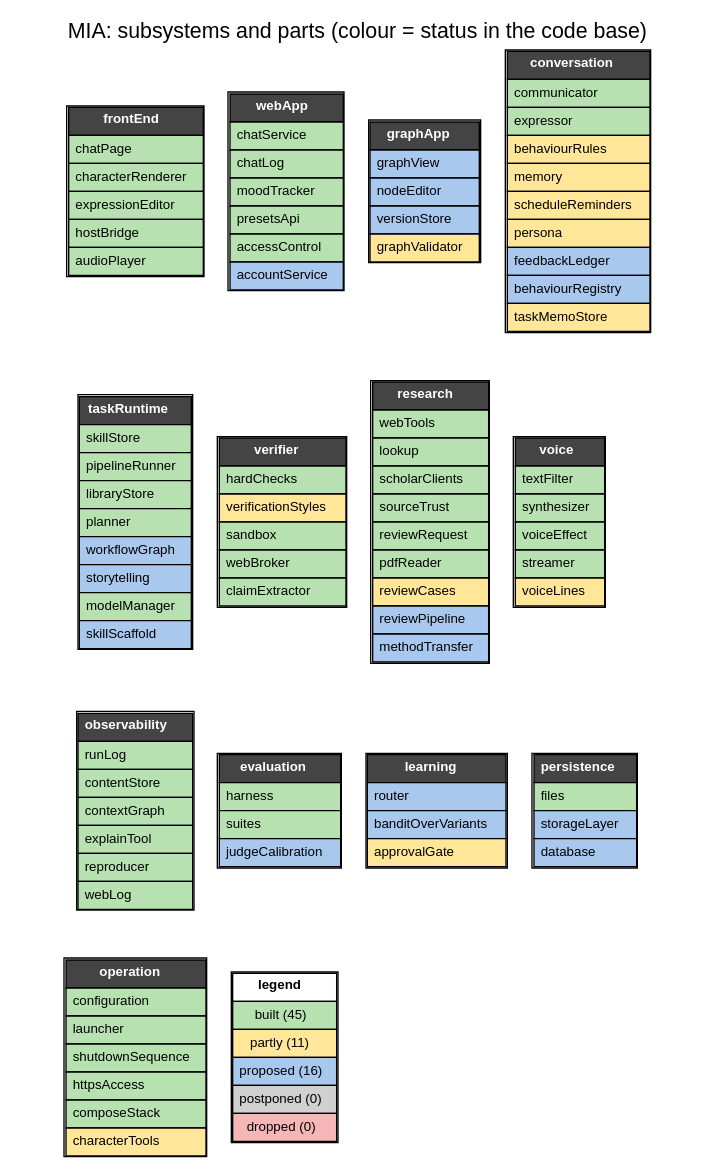
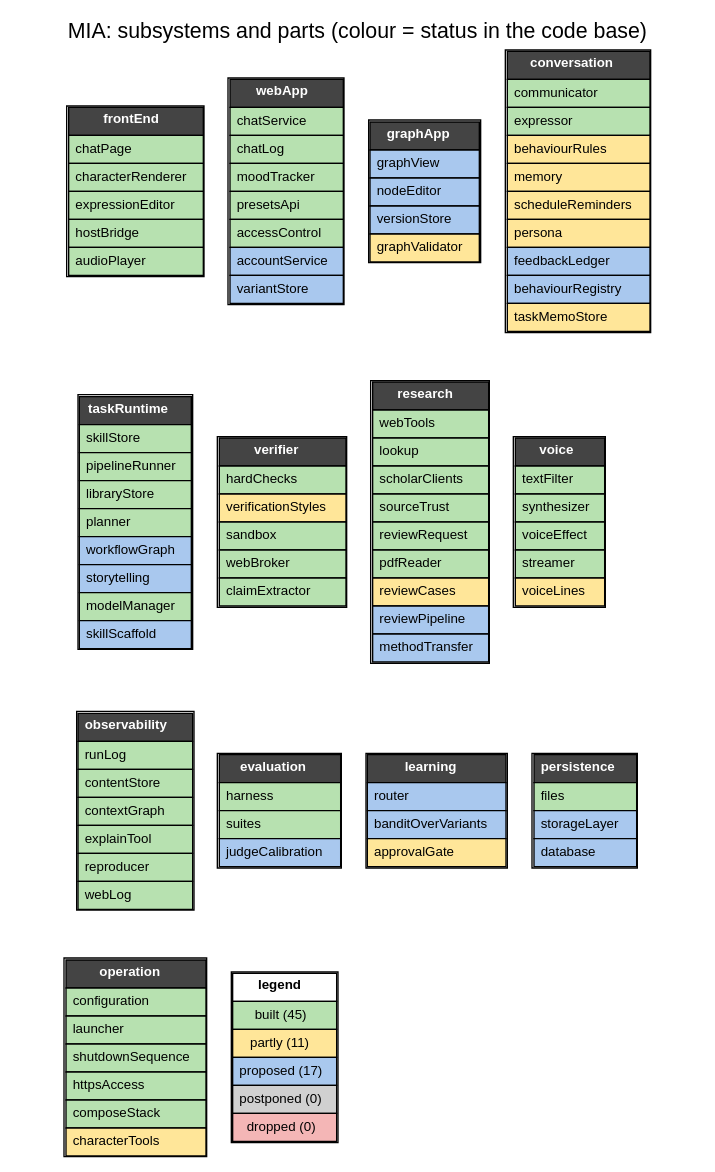
The diagram in specs/mia/diagrams/architecture.dot (maldun/MIA), drawn with Graphviz before and after one commit. The commit also changed 8 other files, not shown here.

Commit message:
specs/mia: review step 6: 26 acceptance criteria covering every requirement (checked mechanically), FR-32 character variant per workflow, second skill is the lookup, only regenerate and speak again in the first chat, future features noted

```diff
--- a/specs/mia/diagrams/architecture.dot
+++ b/specs/mia/diagrams/architecture.dot
@@ -1,35 +1,35 @@
 digraph A {
 rankdir=TB; fontname="Helvetica"; node [shape=plain, fontname="Helvetica", fontsize=10]; edge [style=invis];
 label="MIA: subsystems and parts (colour = status in the code base)"; labelloc=t; fontsize=16;
 "frontEnd" [label=<<TABLE BORDER="1" CELLBORDER="1" CELLSPACING="0" CELLPADDING="4"><TR><TD BGCOLOR="#444444"><FONT COLOR="white"><B>frontEnd</B></FONT></TD></TR><TR><TD ALIGN="LEFT" BGCOLOR="#b7e1b0">chatPage</TD></TR><TR><TD ALIGN="LEFT" BGCOLOR="#b7e1b0">characterRenderer</TD></TR><TR><TD ALIGN="LEFT" BGCOLOR="#b7e1b0">expressionEditor</TD></TR><TR><TD ALIGN="LEFT" BGCOLOR="#b7e1b0">hostBridge</TD></TR><TR><TD ALIGN="LEFT" BGCOLOR="#b7e1b0">audioPlayer</TD></TR></TABLE>>];
-"webApp" [label=<<TABLE BORDER="1" CELLBORDER="1" CELLSPACING="0" CELLPADDING="4"><TR><TD BGCOLOR="#444444"><FONT COLOR="white"><B>webApp</B></FONT></TD></TR><TR><TD ALIGN="LEFT" BGCOLOR="#b7e1b0">chatService</TD></TR><TR><TD ALIGN="LEFT" BGCOLOR="#b7e1b0">chatLog</TD></TR><TR><TD ALIGN="LEFT" BGCOLOR="#b7e1b0">moodTracker</TD></TR><TR><TD ALIGN="LEFT" BGCOLOR="#b7e1b0">presetsApi</TD></TR><TR><TD ALIGN="LEFT" BGCOLOR="#b7e1b0">accessControl</TD></TR><TR><TD ALIGN="LEFT" BGCOLOR="#a9c8ee">accountService</TD></TR></TABLE>>];
+"webApp" [label=<<TABLE BORDER="1" CELLBORDER="1" CELLSPACING="0" CELLPADDING="4"><TR><TD BGCOLOR="#444444"><FONT COLOR="white"><B>webApp</B></FONT></TD></TR><TR><TD ALIGN="LEFT" BGCOLOR="#b7e1b0">chatService</TD></TR><TR><TD ALIGN="LEFT" BGCOLOR="#b7e1b0">chatLog</TD></TR><TR><TD ALIGN="LEFT" BGCOLOR="#b7e1b0">moodTracker</TD></TR><TR><TD ALIGN="LEFT" BGCOLOR="#b7e1b0">presetsApi</TD></TR><TR><TD ALIGN="LEFT" BGCOLOR="#b7e1b0">accessControl</TD></TR><TR><TD ALIGN="LEFT" BGCOLOR="#a9c8ee">accountService</TD></TR><TR><TD ALIGN="LEFT" BGCOLOR="#a9c8ee">variantStore</TD></TR></TABLE>>];
 "graphApp" [label=<<TABLE BORDER="1" CELLBORDER="1" CELLSPACING="0" CELLPADDING="4"><TR><TD BGCOLOR="#444444"><FONT COLOR="white"><B>graphApp</B></FONT></TD></TR><TR><TD ALIGN="LEFT" BGCOLOR="#a9c8ee">graphView</TD></TR><TR><TD ALIGN="LEFT" BGCOLOR="#a9c8ee">nodeEditor</TD></TR><TR><TD ALIGN="LEFT" BGCOLOR="#a9c8ee">versionStore</TD></TR><TR><TD ALIGN="LEFT" BGCOLOR="#ffe699">graphValidator</TD></TR></TABLE>>];
 "conversation" [label=<<TABLE BORDER="1" CELLBORDER="1" CELLSPACING="0" CELLPADDING="4"><TR><TD BGCOLOR="#444444"><FONT COLOR="white"><B>conversation</B></FONT></TD></TR><TR><TD ALIGN="LEFT" BGCOLOR="#b7e1b0">communicator</TD></TR><TR><TD ALIGN="LEFT" BGCOLOR="#b7e1b0">expressor</TD></TR><TR><TD ALIGN="LEFT" BGCOLOR="#ffe699">behaviourRules</TD></TR><TR><TD ALIGN="LEFT" BGCOLOR="#ffe699">memory</TD></TR><TR><TD ALIGN="LEFT" BGCOLOR="#ffe699">scheduleReminders</TD></TR><TR><TD ALIGN="LEFT" BGCOLOR="#ffe699">persona</TD></TR><TR><TD ALIGN="LEFT" BGCOLOR="#a9c8ee">feedbackLedger</TD></TR><TR><TD ALIGN="LEFT" BGCOLOR="#a9c8ee">behaviourRegistry</TD></TR><TR><TD ALIGN="LEFT" BGCOLOR="#ffe699">taskMemoStore</TD></TR></TABLE>>];
 "taskRuntime" [label=<<TABLE BORDER="1" CELLBORDER="1" CELLSPACING="0" CELLPADDING="4"><TR><TD BGCOLOR="#444444"><FONT COLOR="white"><B>taskRuntime</B></FONT></TD></TR><TR><TD ALIGN="LEFT" BGCOLOR="#b7e1b0">skillStore</TD></TR><TR><TD ALIGN="LEFT" BGCOLOR="#b7e1b0">pipelineRunner</TD></TR><TR><TD ALIGN="LEFT" BGCOLOR="#b7e1b0">libraryStore</TD></TR><TR><TD ALIGN="LEFT" BGCOLOR="#b7e1b0">planner</TD></TR><TR><TD ALIGN="LEFT" BGCOLOR="#a9c8ee">workflowGraph</TD></TR><TR><TD ALIGN="LEFT" BGCOLOR="#a9c8ee">storytelling</TD></TR><TR><TD ALIGN="LEFT" BGCOLOR="#b7e1b0">modelManager</TD></TR><TR><TD ALIGN="LEFT" BGCOLOR="#a9c8ee">skillScaffold</TD></TR></TABLE>>];
 "verifier" [label=<<TABLE BORDER="1" CELLBORDER="1" CELLSPACING="0" CELLPADDING="4"><TR><TD BGCOLOR="#444444"><FONT COLOR="white"><B>verifier</B></FONT></TD></TR><TR><TD ALIGN="LEFT" BGCOLOR="#b7e1b0">hardChecks</TD></TR><TR><TD ALIGN="LEFT" BGCOLOR="#ffe699">verificationStyles</TD></TR><TR><TD ALIGN="LEFT" BGCOLOR="#b7e1b0">sandbox</TD></TR><TR><TD ALIGN="LEFT" BGCOLOR="#b7e1b0">webBroker</TD></TR><TR><TD ALIGN="LEFT" BGCOLOR="#b7e1b0">claimExtractor</TD></TR></TABLE>>];
 "research" [label=<<TABLE BORDER="1" CELLBORDER="1" CELLSPACING="0" CELLPADDING="4"><TR><TD BGCOLOR="#444444"><FONT COLOR="white"><B>research</B></FONT></TD></TR><TR><TD ALIGN="LEFT" BGCOLOR="#b7e1b0">webTools</TD></TR><TR><TD ALIGN="LEFT" BGCOLOR="#b7e1b0">lookup</TD></TR><TR><TD ALIGN="LEFT" BGCOLOR="#b7e1b0">scholarClients</TD></TR><TR><TD ALIGN="LEFT" BGCOLOR="#b7e1b0">sourceTrust</TD></TR><TR><TD ALIGN="LEFT" BGCOLOR="#b7e1b0">reviewRequest</TD></TR><TR><TD ALIGN="LEFT" BGCOLOR="#b7e1b0">pdfReader</TD></TR><TR><TD ALIGN="LEFT" BGCOLOR="#ffe699">reviewCases</TD></TR><TR><TD ALIGN="LEFT" BGCOLOR="#a9c8ee">reviewPipeline</TD></TR><TR><TD ALIGN="LEFT" BGCOLOR="#a9c8ee">methodTransfer</TD></TR></TABLE>>];
 "voice" [label=<<TABLE BORDER="1" CELLBORDER="1" CELLSPACING="0" CELLPADDING="4"><TR><TD BGCOLOR="#444444"><FONT COLOR="white"><B>voice</B></FONT></TD></TR><TR><TD ALIGN="LEFT" BGCOLOR="#b7e1b0">textFilter</TD></TR><TR><TD ALIGN="LEFT" BGCOLOR="#b7e1b0">synthesizer</TD></TR><TR><TD ALIGN="LEFT" BGCOLOR="#b7e1b0">voiceEffect</TD></TR><TR><TD ALIGN="LEFT" BGCOLOR="#b7e1b0">streamer</TD></TR><TR><TD ALIGN="LEFT" BGCOLOR="#ffe699">voiceLines</TD></TR></TABLE>>];
 "observability" [label=<<TABLE BORDER="1" CELLBORDER="1" CELLSPACING="0" CELLPADDING="4"><TR><TD BGCOLOR="#444444"><FONT COLOR="white"><B>observability</B></FONT></TD></TR><TR><TD ALIGN="LEFT" BGCOLOR="#b7e1b0">runLog</TD></TR><TR><TD ALIGN="LEFT" BGCOLOR="#b7e1b0">contentStore</TD></TR><TR><TD ALIGN="LEFT" BGCOLOR="#b7e1b0">contextGraph</TD></TR><TR><TD ALIGN="LEFT" BGCOLOR="#b7e1b0">explainTool</TD></TR><TR><TD ALIGN="LEFT" BGCOLOR="#b7e1b0">reproducer</TD></TR><TR><TD ALIGN="LEFT" BGCOLOR="#b7e1b0">webLog</TD></TR></TABLE>>];
 "evaluation" [label=<<TABLE BORDER="1" CELLBORDER="1" CELLSPACING="0" CELLPADDING="4"><TR><TD BGCOLOR="#444444"><FONT COLOR="white"><B>evaluation</B></FONT></TD></TR><TR><TD ALIGN="LEFT" BGCOLOR="#b7e1b0">harness</TD></TR><TR><TD ALIGN="LEFT" BGCOLOR="#b7e1b0">suites</TD></TR><TR><TD ALIGN="LEFT" BGCOLOR="#a9c8ee">judgeCalibration</TD></TR></TABLE>>];
 "learning" [label=<<TABLE BORDER="1" CELLBORDER="1" CELLSPACING="0" CELLPADDING="4"><TR><TD BGCOLOR="#444444"><FONT COLOR="white"><B>learning</B></FONT></TD></TR><TR><TD ALIGN="LEFT" BGCOLOR="#a9c8ee">router</TD></TR><TR><TD ALIGN="LEFT" BGCOLOR="#a9c8ee">banditOverVariants</TD></TR><TR><TD ALIGN="LEFT" BGCOLOR="#ffe699">approvalGate</TD></TR></TABLE>>];
 "persistence" [label=<<TABLE BORDER="1" CELLBORDER="1" CELLSPACING="0" CELLPADDING="4"><TR><TD BGCOLOR="#444444"><FONT COLOR="white"><B>persistence</B></FONT></TD></TR><TR><TD ALIGN="LEFT" BGCOLOR="#b7e1b0">files</TD></TR><TR><TD ALIGN="LEFT" BGCOLOR="#a9c8ee">storageLayer</TD></TR><TR><TD ALIGN="LEFT" BGCOLOR="#a9c8ee">database</TD></TR></TABLE>>];
 "operation" [label=<<TABLE BORDER="1" CELLBORDER="1" CELLSPACING="0" CELLPADDING="4"><TR><TD BGCOLOR="#444444"><FONT COLOR="white"><B>operation</B></FONT></TD></TR><TR><TD ALIGN="LEFT" BGCOLOR="#b7e1b0">configuration</TD></TR><TR><TD ALIGN="LEFT" BGCOLOR="#b7e1b0">launcher</TD></TR><TR><TD ALIGN="LEFT" BGCOLOR="#b7e1b0">shutdownSequence</TD></TR><TR><TD ALIGN="LEFT" BGCOLOR="#b7e1b0">httpsAccess</TD></TR><TR><TD ALIGN="LEFT" BGCOLOR="#b7e1b0">composeStack</TD></TR><TR><TD ALIGN="LEFT" BGCOLOR="#ffe699">characterTools</TD></TR></TABLE>>];
-"legend" [label=<<TABLE BORDER="1" CELLBORDER="1" CELLSPACING="0" CELLPADDING="4"><TR><TD><B>legend</B></TD></TR><TR><TD BGCOLOR="#b7e1b0">built (45)</TD></TR><TR><TD BGCOLOR="#ffe699">partly (11)</TD></TR><TR><TD BGCOLOR="#a9c8ee">proposed (16)</TD></TR><TR><TD BGCOLOR="#d0d0d0">postponed (0)</TD></TR><TR><TD BGCOLOR="#f4b6b6">dropped (0)</TD></TR></TABLE>>];
+"legend" [label=<<TABLE BORDER="1" CELLBORDER="1" CELLSPACING="0" CELLPADDING="4"><TR><TD><B>legend</B></TD></TR><TR><TD BGCOLOR="#b7e1b0">built (45)</TD></TR><TR><TD BGCOLOR="#ffe699">partly (11)</TD></TR><TR><TD BGCOLOR="#a9c8ee">proposed (17)</TD></TR><TR><TD BGCOLOR="#d0d0d0">postponed (0)</TD></TR><TR><TD BGCOLOR="#f4b6b6">dropped (0)</TD></TR></TABLE>>];
 { rank=same; "frontEnd"; "webApp"; "graphApp"; "conversation"; }
 "frontEnd" -> "webApp";
 "webApp" -> "graphApp";
 "graphApp" -> "conversation";
 "frontEnd" -> "taskRuntime";
 { rank=same; "taskRuntime"; "verifier"; "research"; "voice"; }
 "taskRuntime" -> "verifier";
 "verifier" -> "research";
 "research" -> "voice";
 "taskRuntime" -> "observability";
 { rank=same; "observability"; "evaluation"; "learning"; "persistence"; }
 "observability" -> "evaluation";
 "evaluation" -> "learning";
 "learning" -> "persistence";
 "observability" -> "operation";
 { rank=same; "operation"; "legend"; }
 "operation" -> "legend";
 }
```
